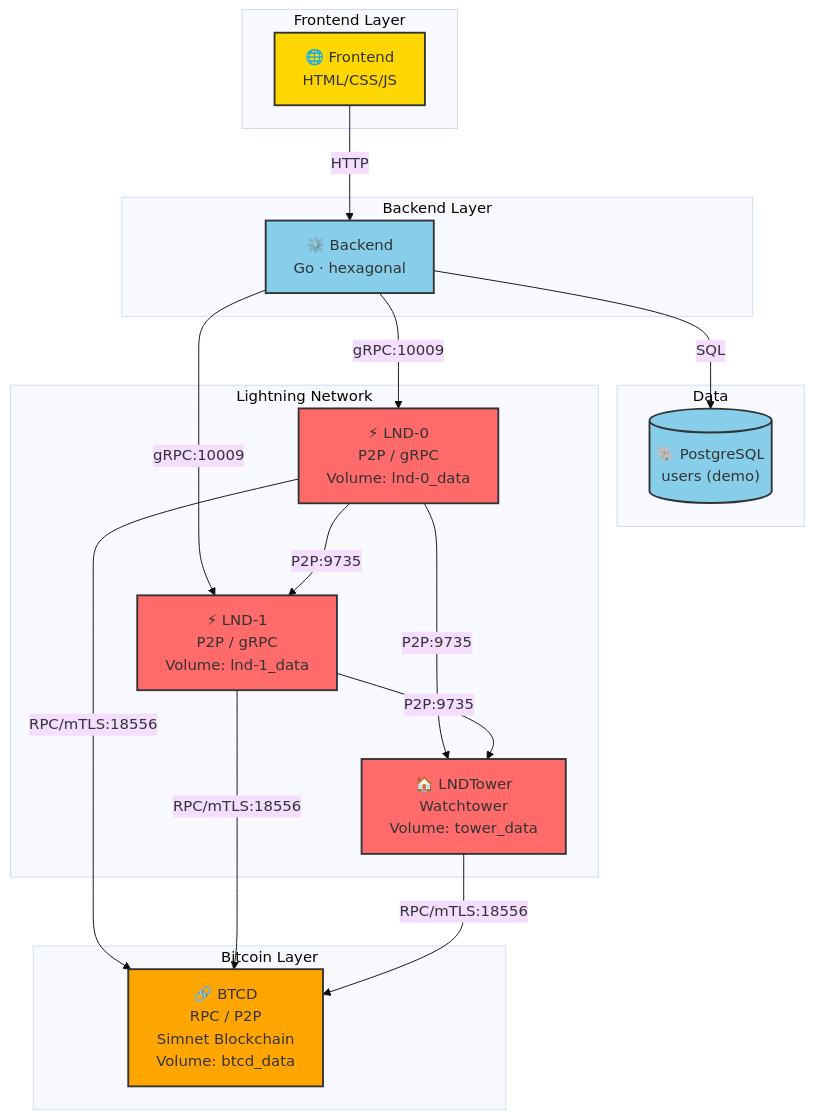
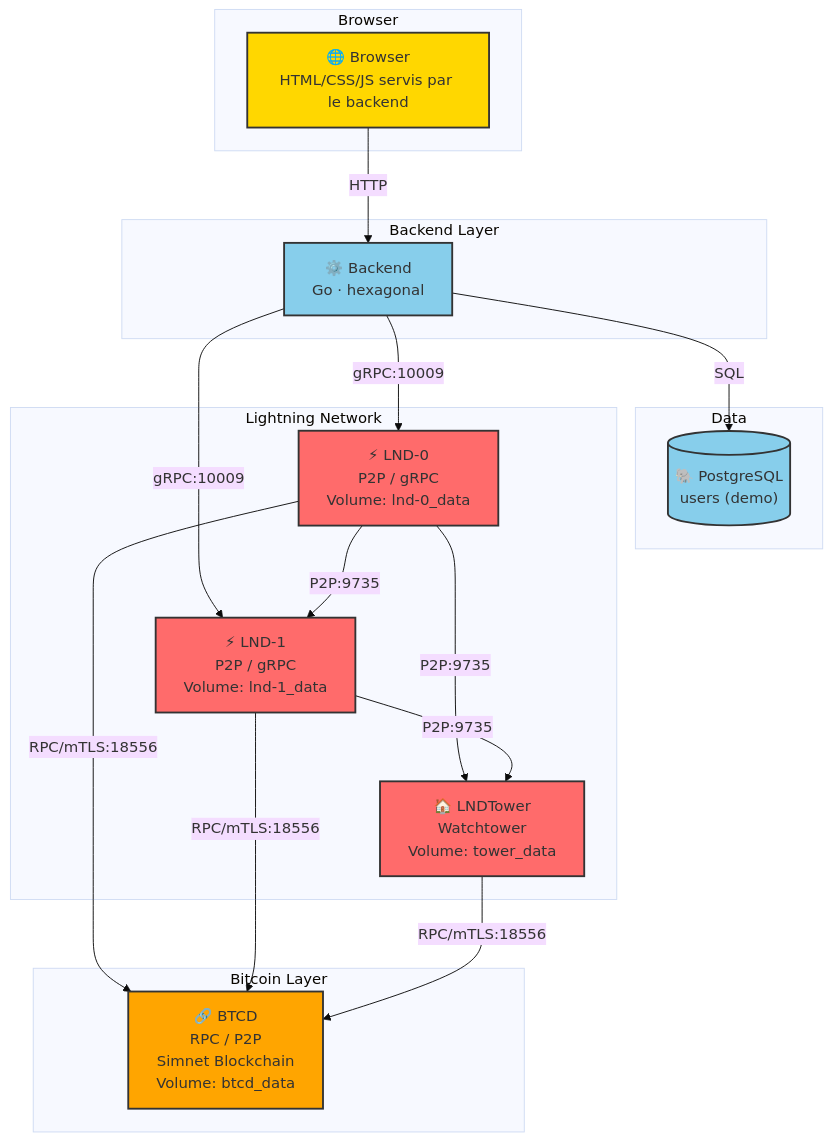
The diagram in docs-schema/architecture.mmd (LMare/lightning-playground), drawn with Mermaid (base theme) before and after one commit. The commit also changed 8 other files, not shown here.

```diff
--- a/docs-schema/architecture.mmd
+++ b/docs-schema/architecture.mmd
@@ -1,47 +1,47 @@
 graph TD
-    subgraph "Frontend Layer"
-        FE["🌐 Frontend<br/>HTML/CSS/JS"]
+    subgraph "Browser"
+        FE["🌐 Browser<br/>HTML/CSS/JS servis par le backend"]
     end
     
     subgraph "Backend Layer"
         BE["⚙️ Backend<br/>Go · hexagonal"]
     end
     
     subgraph "Data"
         PG[("🐘 PostgreSQL<br/>users (demo)")]
     end
 
     subgraph "Lightning Network"
         LND0["⚡ LND-0<br/>P2P / gRPC<br/>Volume: lnd-0_data"]
         LND1["⚡ LND-1<br/>P2P / gRPC<br/>Volume: lnd-1_data"]
         TOWER["🏠 LNDTower<br/>Watchtower<br/>Volume: tower_data"]
     end
     
     subgraph "Bitcoin Layer"
         BTCD["🔗 BTCD<br/>RPC / P2P<br/>Simnet Blockchain<br/>Volume: btcd_data"]
     end
     
     FE -->|HTTP| BE
     BE -->|SQL| PG
     
     BE -->|gRPC:10009| LND0
     BE -->|gRPC:10009| LND1
     
     LND0 -->|P2P:9735| LND1
     LND0 -->|P2P:9735| TOWER
     LND1 -->|P2P:9735| TOWER
     
     LND0 -->|RPC/mTLS:18556| BTCD
     LND1 -->|RPC/mTLS:18556| BTCD
     TOWER -->|RPC/mTLS:18556| BTCD
     
     classDef frontend fill:#FFD700,stroke:#333,stroke-width:2px
     classDef backend fill:#87CEEB,stroke:#333,stroke-width:2px
     classDef lightning fill:#FF6B6B,stroke:#333,stroke-width:2px
     classDef bitcoin fill:#FFA500,stroke:#333,stroke-width:2px
     
     class FE frontend
     class BE backend
     class LND0,LND1,TOWER lightning
     class BTCD bitcoin
     class PG backend
```
